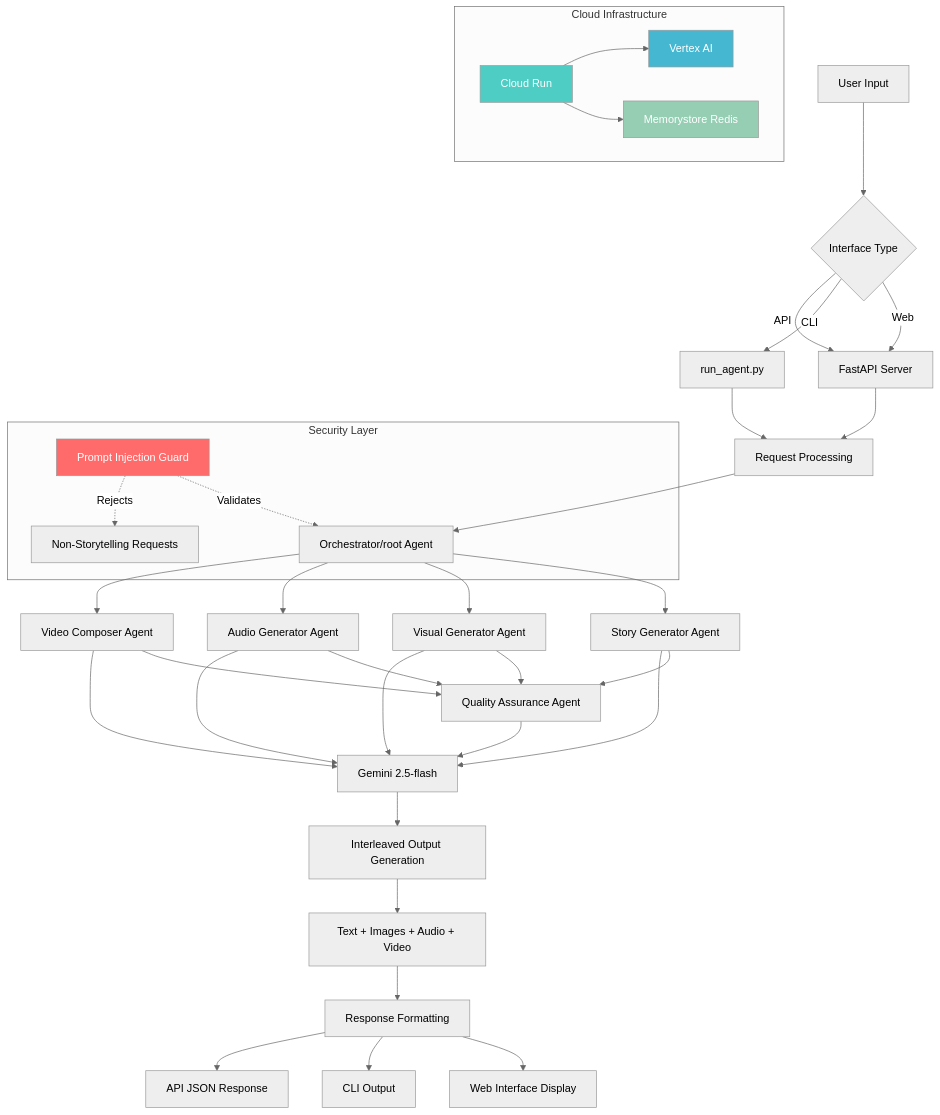
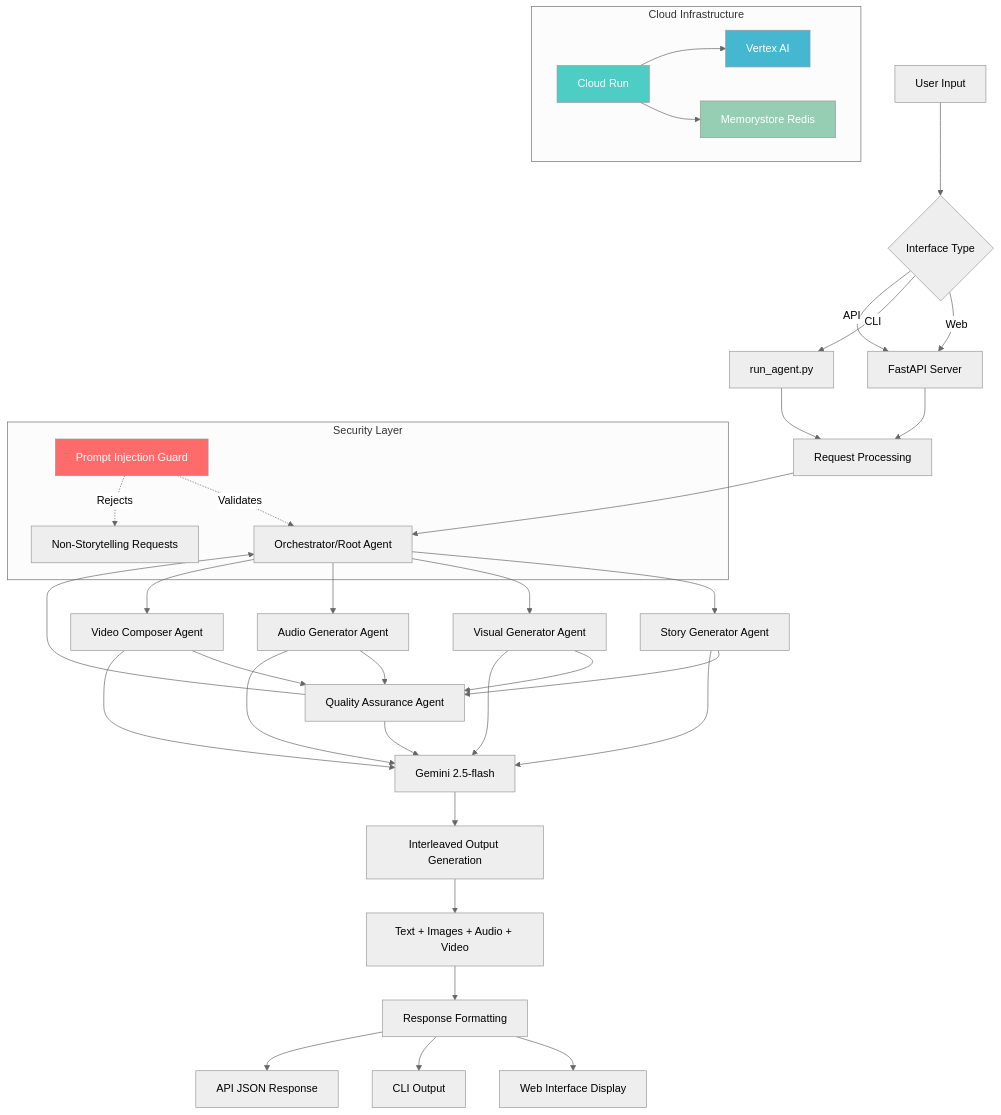
Before and after one commit to Fabr1ce/genflex: the diagram in README.md, drawn with Mermaid (neutral theme).

````diff
--- a/README.md
+++ b/README.md
@@ -41,53 +41,54 @@
 ```mermaid
 graph TD
     A[User Input] --> B{Interface Type}
     B -->|Web| C[FastAPI Server]
     B -->|CLI| D[run_agent.py]
     B -->|API| C
 
     C --> E[Request Processing]
     D --> E
 
-    E --> F[Orchestrator/root Agent]
+    E --> F[Orchestrator/Root Agent]
     F --> G[Story Generator Agent]
     F --> H[Visual Generator Agent]
     F --> I[Audio Generator Agent]
     F --> J[Video Composer Agent]
     J --> K[Quality Assurance Agent]
     I --> K[Quality Assurance Agent]
     H --> K[Quality Assurance Agent]
     G --> K[Quality Assurance Agent]
+    K --> F[Orchestrator/Root Agent]
 
     G --> L[Gemini 2.5-flash]
     H --> L
     I --> L
     J --> L
     K --> L
 
     L --> M[Interleaved Output Generation]
     M --> N[Text + Images + Audio + Video]
 
     N --> O[Response Formatting]
     O --> P[Web Interface Display]
     O --> Q[CLI Output]
     O --> R[API JSON Response]
 
     subgraph "Security Layer"
         S[Prompt Injection Guard]
         S -.->|Validates| F
         S -.->|Rejects| T[Non-Storytelling Requests]
     end
 
     subgraph "Cloud Infrastructure"
         U[Cloud Run]
         V[Vertex AI]
         W[Memorystore Redis]
         U --> V
         U --> W
     end
 
     style S fill:#ff6b6b,color:#fff
     style U fill:#4ecdc4,color:#fff
     style V fill:#45b7d1,color:#fff
     style W fill:#96ceb4,color:#fff
 ```
````
